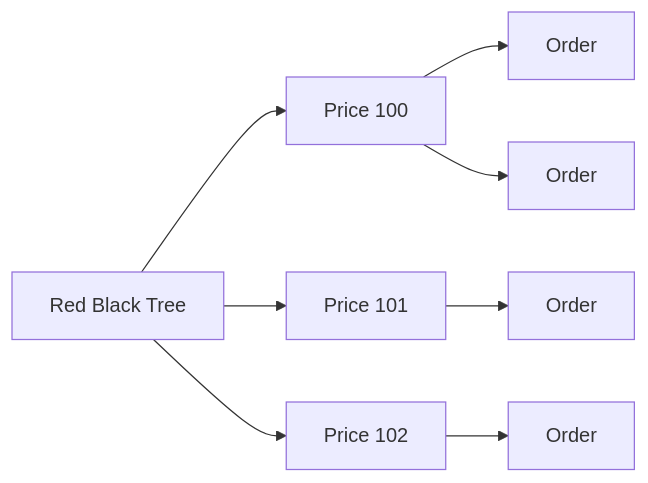
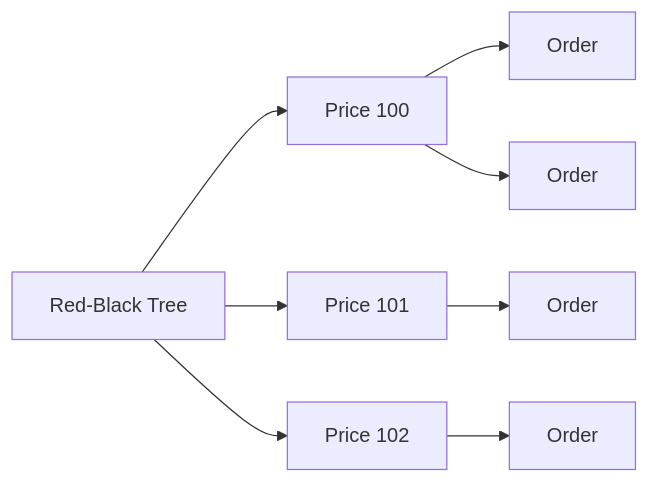
Before and after one commit to Julian119-119/LOB: the second of 2 diagrams in doc/architecture.md, drawn with Mermaid. The commit also changed other lines of this file and 1 other file, not shown here.

````diff
--- a/doc/architecture.md
+++ b/doc/architecture.md
@@ -61,23 +61,23 @@
 ```mermaid
 flowchart LR
 
-    Tree[Red Black Tree]
+    Tree[Red-Black Tree]
 
     PL1[Price 100]
     PL2[Price 101]
     PL3[Price 102]
 
     O1[Order]
     O2[Order]
     O3[Order]
     O4[Order]
 
     Tree --> PL1
     Tree --> PL2
     Tree --> PL3
 
     PL1 --> O1
     PL1 --> O2
     PL2 --> O3
     PL3 --> O4
 ```
````
